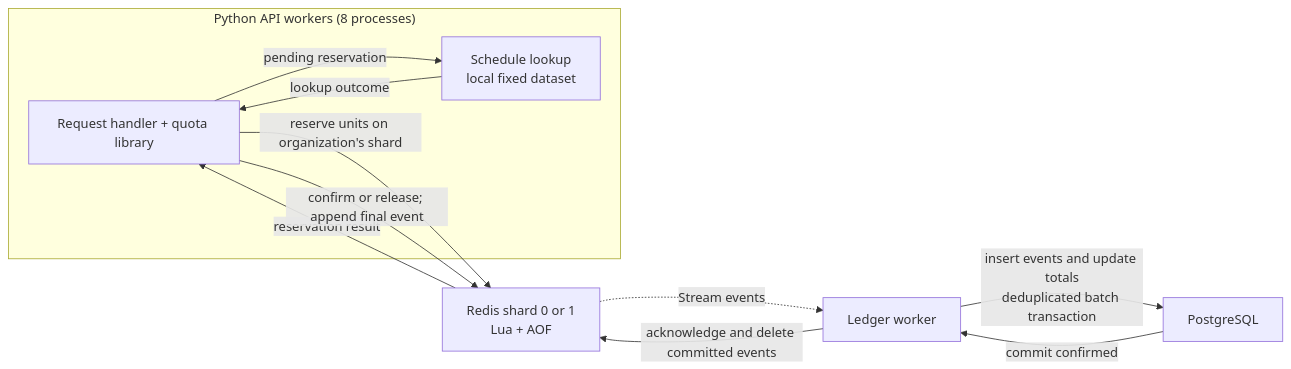
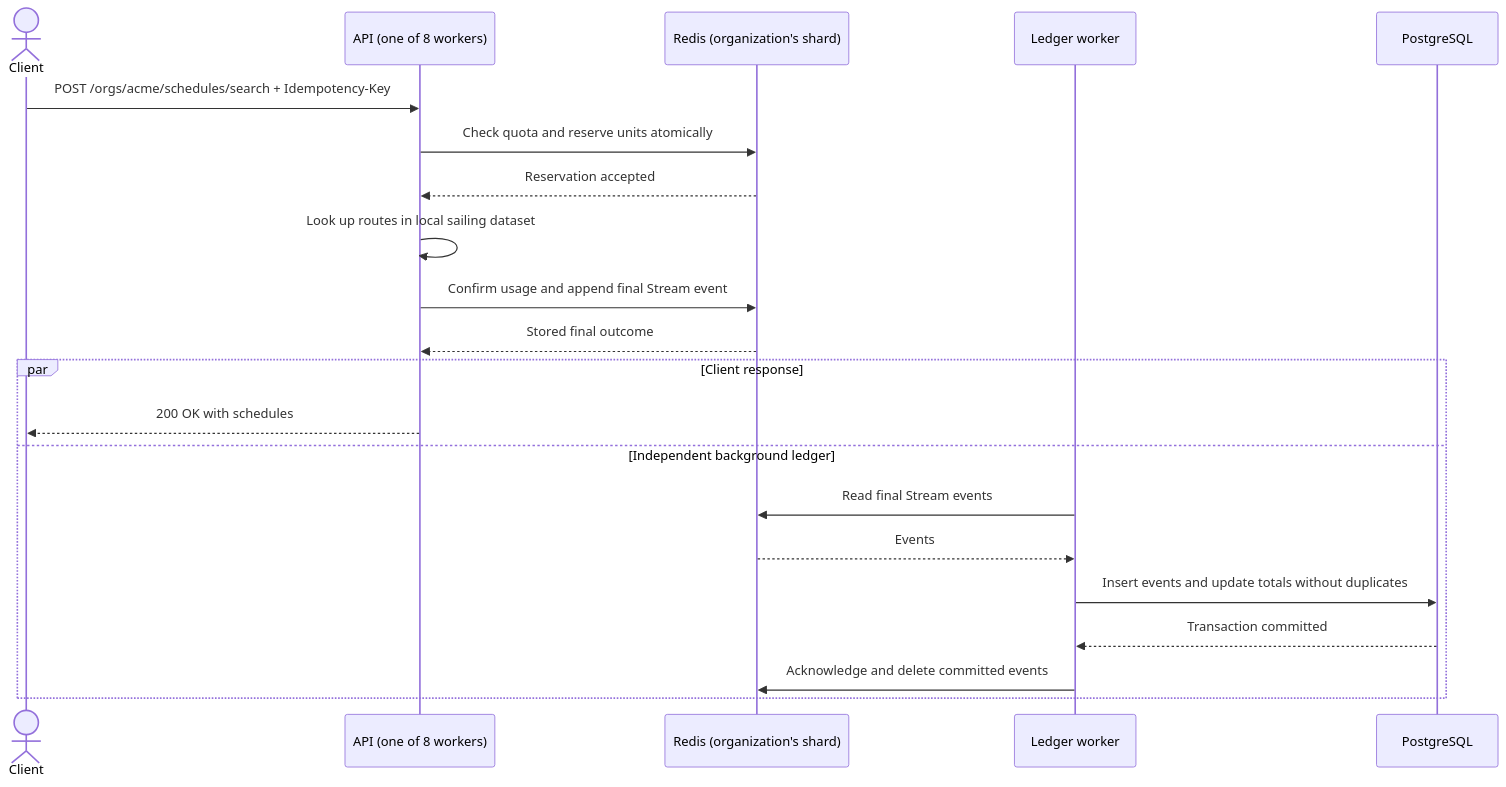
The diagram in DESIGN.md (devwatts/quota-metering), drawn with Mermaid before and after one commit. The commit also changed other lines of this file, not shown here.

Commit message:
Show end-to-end API request and distinguish quota from schedule lookup

````diff
--- a/DESIGN.md
+++ b/DESIGN.md
@@ -29,16 +33,24 @@
 ```mermaid
-flowchart LR
-    subgraph APIWorkers["Python API workers (8 processes)"]
-        API["Request handler + quota library"]
-        Search["Schedule lookup<br/>local fixed dataset"]
-        API -->|"pending reservation"| Search
-        Search -->|"lookup outcome"| API
+sequenceDiagram
+    actor Client
+    participant API as API (one of 8 workers)
+    participant Redis as Redis (organization's shard)
+    participant Ledger as Ledger worker
+    participant PG as PostgreSQL
+
+    Client->>API: POST /orgs/acme/schedules/search + Idempotency-Key
+    API->>Redis: Check quota and reserve units atomically
+    Redis-->>API: Reservation accepted
+    API->>API: Look up routes in local sailing dataset
+    API->>Redis: Confirm usage and append final Stream event
+    Redis-->>API: Stored final outcome
+    par Client response
+        API-->>Client: 200 OK with schedules
+    and Independent background ledger
+        Ledger->>Redis: Read final Stream events
+        Redis-->>Ledger: Events
+        Ledger->>PG: Insert events and update totals without duplicates
+        PG-->>Ledger: Transaction committed
+        Ledger->>Redis: Acknowledge and delete committed events
     end
-    API -->|"reserve units on organization's shard"| Redis["Redis shard 0 or 1<br/>Lua + AOF"]
-    Redis -->|"reservation result"| API
-    API -->|"confirm or release; append final event"| Redis
-    Redis -.->|"Stream events"| Worker["Ledger worker"]
-    Worker -->|"insert events and update totals<br/>deduplicated batch transaction"| PG["PostgreSQL"]
-    PG -->|"commit confirmed"| Worker
-    Worker -->|"acknowledge and delete committed events"| Redis
 ```
````
